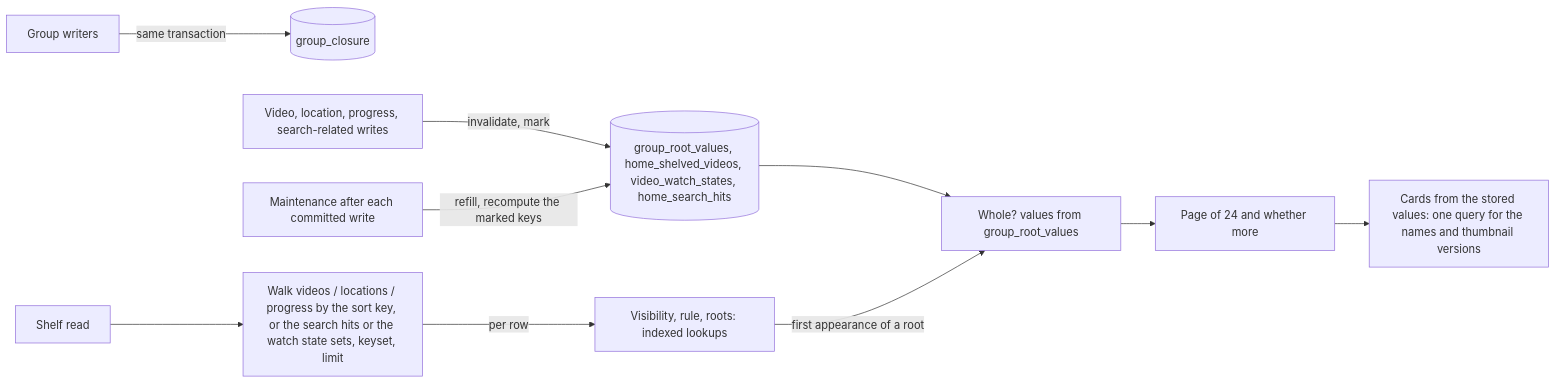
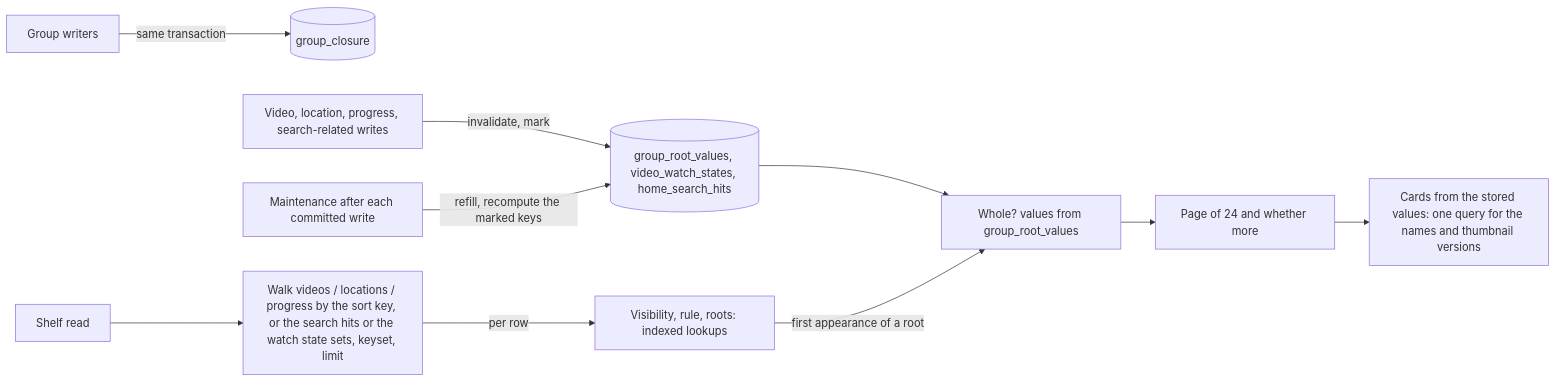
Before and after one commit to syudead/vv: the diagram in docs/design-docs/home.md, drawn with Mermaid. The commit also changed other lines of this file and 47 other files, not shown here.

````diff
--- a/docs/design-docs/home.md
+++ b/docs/design-docs/home.md
@@ -100,12 +78,12 @@
 ```mermaid
 flowchart LR
   write[Group writers] -->|same transaction| closure[(group_closure)]
-  triggers[Video, location, progress, search-related writes] -->|invalidate, mark| values[(group_root_values, home_shelved_videos, video_watch_states, home_search_hits)]
+  triggers[Video, location, progress, search-related writes] -->|invalidate, mark| values[(group_root_values, video_watch_states, home_search_hits)]
   maintain[Maintenance after each committed write] -->|refill, recompute the marked keys| values
   read[Shelf read] --> walk[Walk videos / locations / progress by the sort key, or the search hits or the watch state sets, keyset, limit]
   values --> decide
   walk -->|per row| rule[Visibility, rule, roots: indexed lookups]
   rule -->|first appearance of a root| decide[Whole? values from group_root_values]
   decide --> page[Page of 24 and whether more]
   page --> cards[Cards from the stored values: one query for the names and thumbnail versions]
 ```
````
